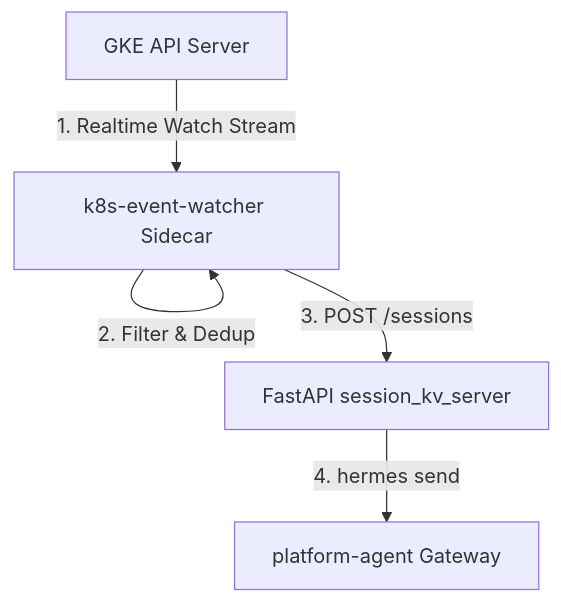
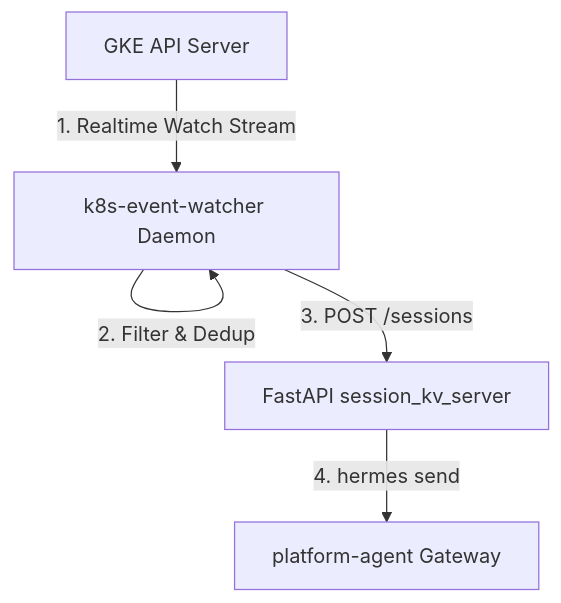
One commit to gke-labs/kube-agents changed the diagram in k8s-operator/cmd/k8s-event-watcher/README.md. Above: the diagram before and after it, drawn with Mermaid. The commit also changed other lines of this file, not shown here.

Commit message:
docs(operator): update event-watcher design integration to use primary container process model

````diff
--- a/k8s-operator/cmd/k8s-event-watcher/README.md
+++ b/k8s-operator/cmd/k8s-event-watcher/README.md
@@ -12,7 +12,7 @@
 ```mermaid
 graph TD
-    API[GKE API Server] -->|1. Realtime Watch Stream| Watcher[k8s-event-watcher Sidecar]
+    API[GKE API Server] -->|1. Realtime Watch Stream| Watcher[k8s-event-watcher Daemon]
     Watcher -->|2. Filter & Dedup| Watcher
     Watcher -->|3. POST /sessions| Proxy[FastAPI session_kv_server]
     Proxy -->|4. hermes send| Agent[platform-agent Gateway]
 ```
````
